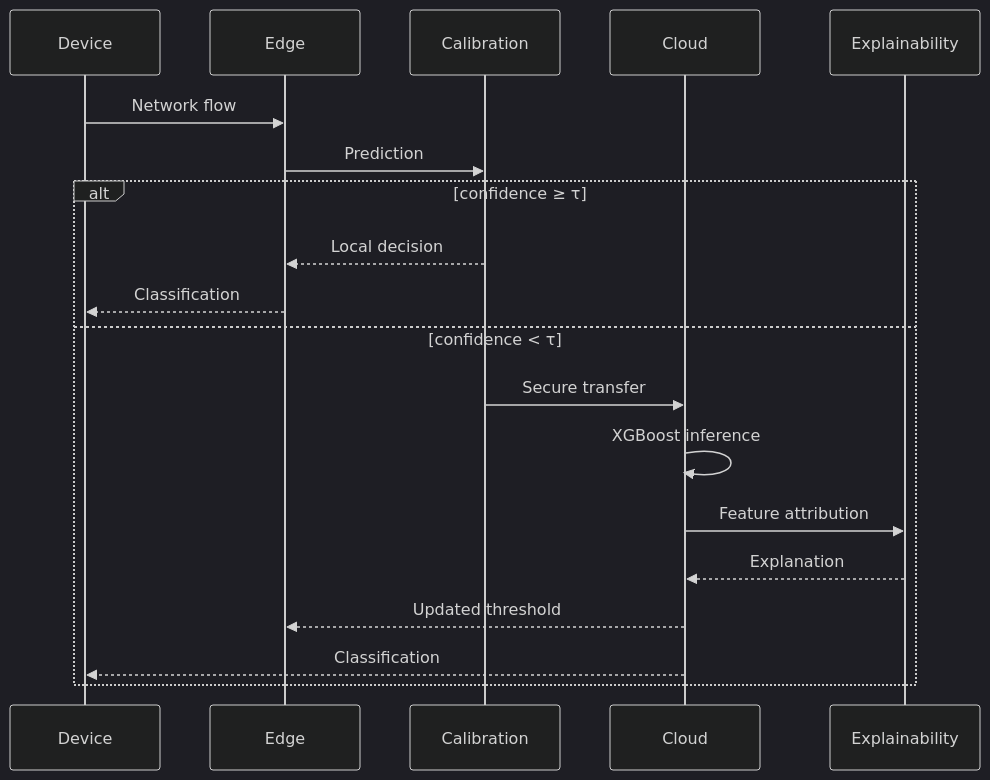
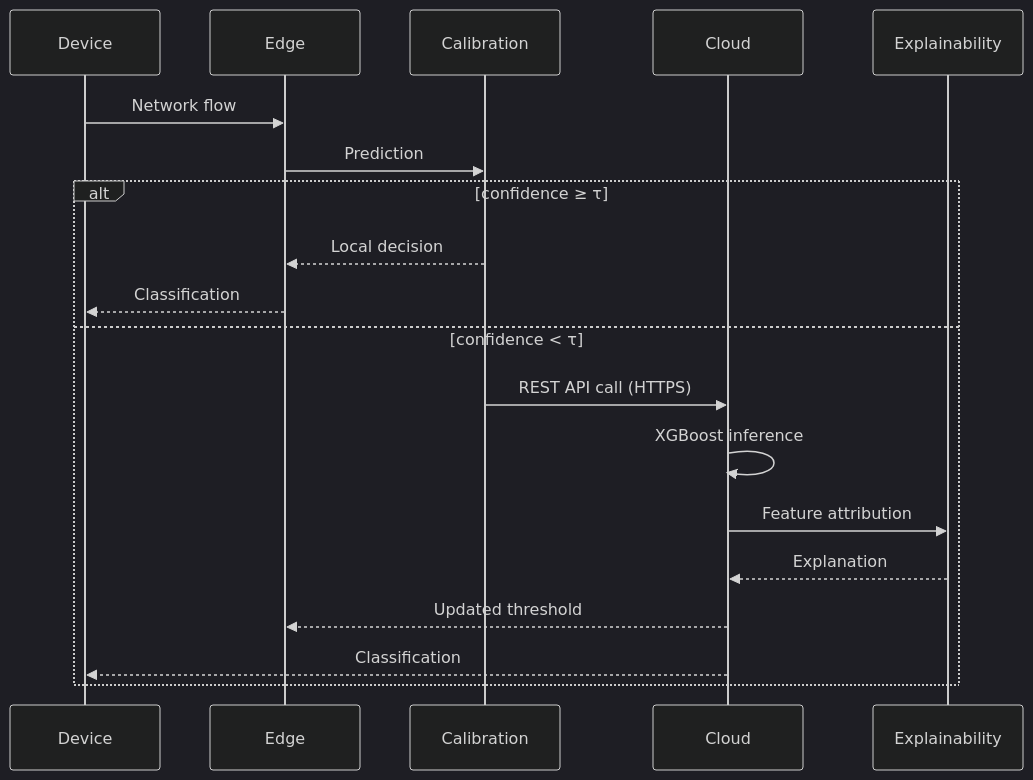
Before and after one commit to AtharvaVavhal/aecids: the fourth of 6 diagrams in README.md, drawn with Mermaid (dark theme). The commit also changed other lines of this file, not shown here.

````diff
--- a/README.md
+++ b/README.md
@@ -273,22 +278,22 @@
 ```mermaid
 sequenceDiagram
     participant Device
     participant Edge
     participant Calibration
     participant Cloud
     participant SHAP as Explainability
 
     Device->>Edge: Network flow
     Edge->>Calibration: Prediction
     alt confidence ≥ τ
         Calibration-->>Edge: Local decision
         Edge-->>Device: Classification
     else confidence < τ
-        Calibration->>Cloud: Secure transfer
+        Calibration->>Cloud: REST API call (HTTPS)
         Cloud->>Cloud: XGBoost inference
         Cloud->>SHAP: Feature attribution
         SHAP-->>Cloud: Explanation
         Cloud-->>Edge: Updated threshold
         Cloud-->>Device: Classification
     end
 ```
````
